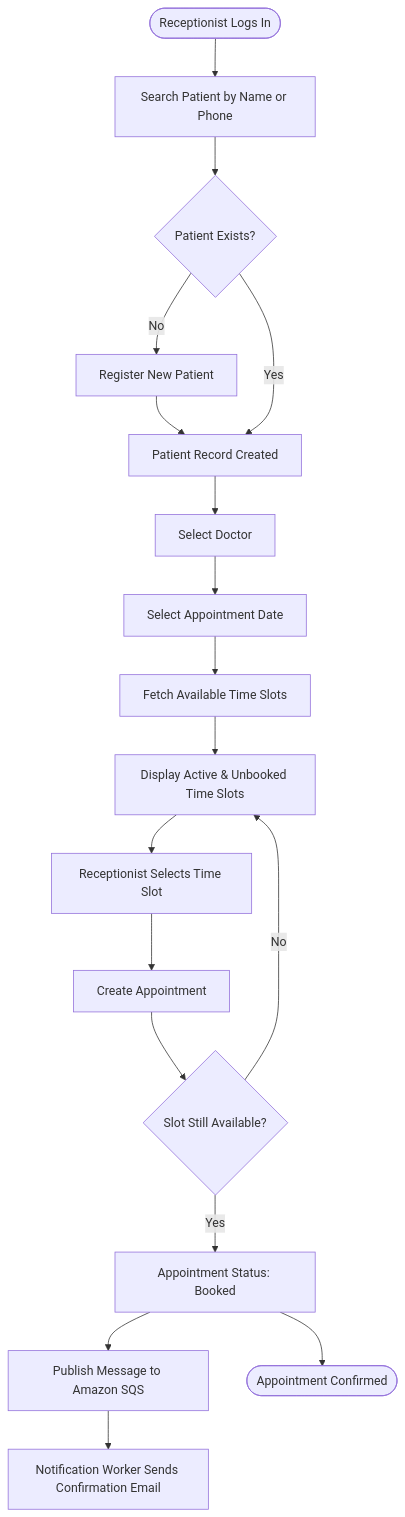
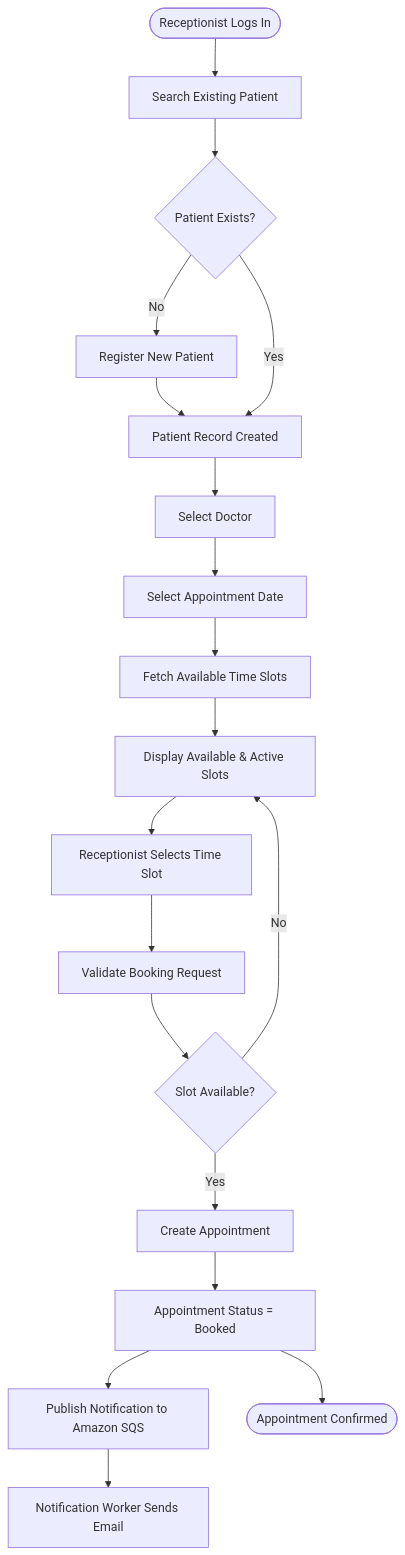
The first of 12 diagrams in docs/04-Flow-Design.md (AmbyHasan/HMS), drawn with Mermaid before and after one commit. The commit also changed other lines of this file, not shown here.

Commit message:
Fix flow design doc

````diff
--- a/docs/04-Flow-Design.md
+++ b/docs/04-Flow-Design.md
@@ -17,25 +17,27 @@
 ```mermaid
+
 flowchart TD
-    A([Receptionist Logs In]) --> B[Search Patient by Name or Phone]
+    A([Receptionist Logs In]) --> B[Search Existing Patient]
     B --> C{Patient Exists?}
 
     C -- No --> D[Register New Patient]
     D --> E[Patient Record Created]
     C -- Yes --> E
 
     E --> F[Select Doctor]
     F --> G[Select Appointment Date]
     G --> H[Fetch Available Time Slots]
-    H --> I[Display Active & Unbooked Time Slots]
+    H --> I[Display Available & Active Slots]
     I --> J[Receptionist Selects Time Slot]
-    J --> K[Create Appointment]
 
-    K --> L{Slot Still Available?}
+    J --> K[Validate Booking Request]
+    K --> L{Slot Available?}
+
     L -- No --> I
-    L -- Yes --> M[Appointment Status: Booked]
+    L -- Yes --> M[Create Appointment]
+    M --> N[Appointment Status = Booked]
+    N --> O[Publish Notification to Amazon SQS]
+    O --> P[Notification Worker Sends Email]
+    N --> Q([Appointment Confirmed])
 
-    M --> N[Publish Message to Amazon SQS]
-    N --> O[Notification Worker Sends Confirmation Email]
-
-    M --> P([Appointment Confirmed])
 ```
````
